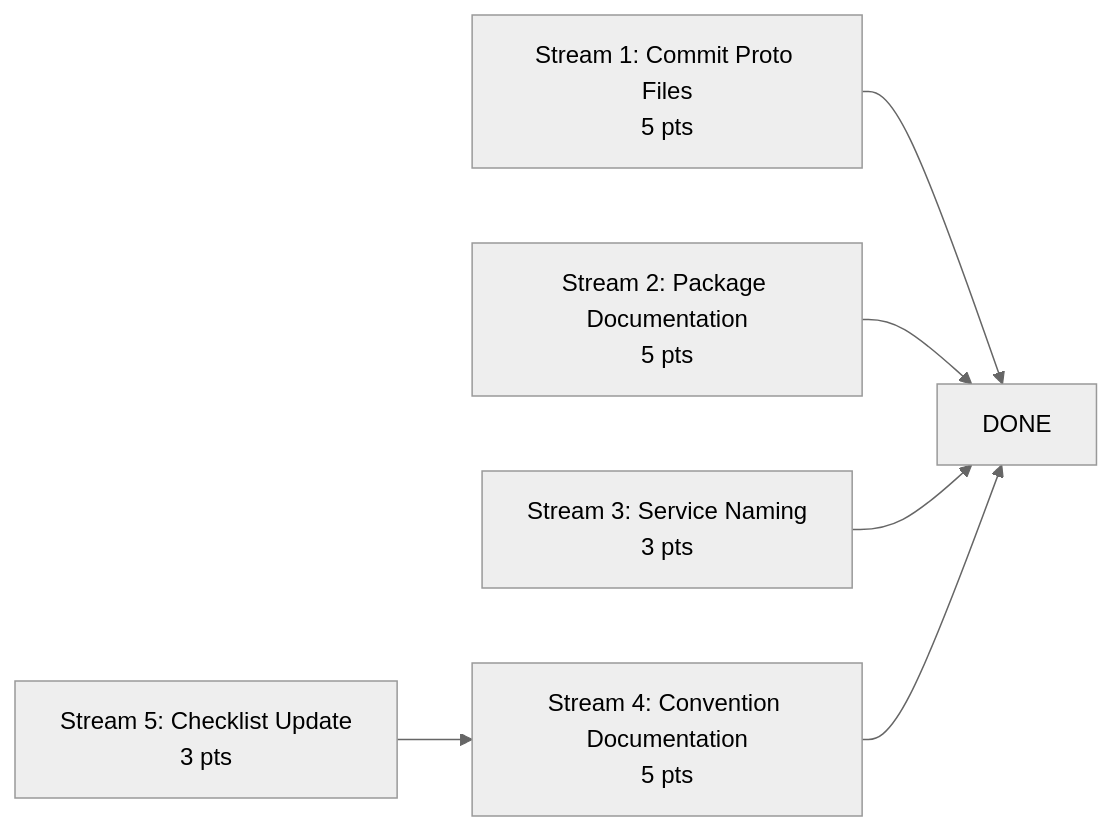
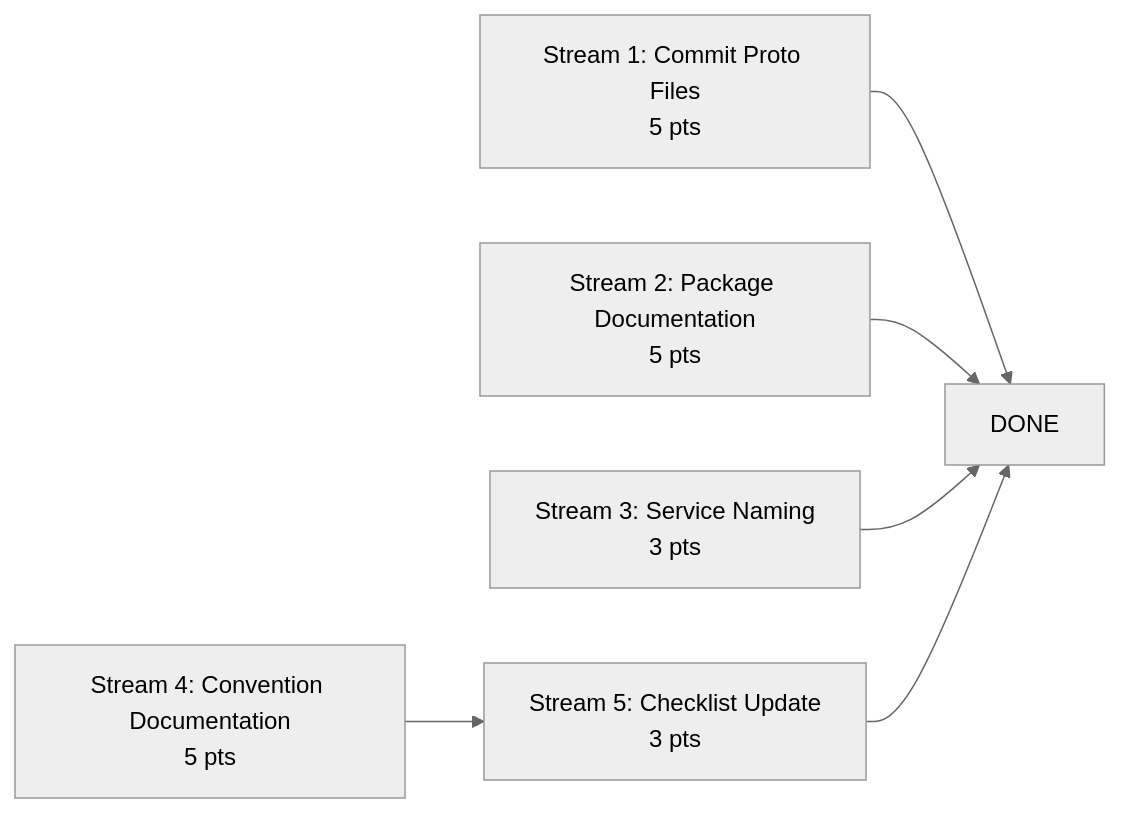
One commit to meridianhub/meridian changed the diagram in docs/prd/049-codebase-consistency.md. Above: the diagram before and after it, drawn with Mermaid (neutral theme). The commit also changed other lines of this file, not shown here.

Commit message:
fix: correct frontmatter dependency claim and mermaid arrow direction
- Frontmatter now states Stream 5 depends on Stream 4
- Mermaid graph arrow corrected: S4 --> S5 --> DONE (not S5 --> S4)

````diff
--- a/docs/prd/049-codebase-consistency.md
+++ b/docs/prd/049-codebase-consistency.md
@@ -61,8 +62,8 @@
 ```mermaid
 graph LR
     S1["Stream 1: Commit Proto Files<br/>5 pts"] --> DONE
     S2["Stream 2: Package Documentation<br/>5 pts"] --> DONE
     S3["Stream 3: Service Naming<br/>3 pts"] --> DONE
-    S4["Stream 4: Convention Documentation<br/>5 pts"] --> DONE
-    S5["Stream 5: Checklist Update<br/>3 pts"] --> S4
+    S4["Stream 4: Convention Documentation<br/>5 pts"] --> S5
+    S5["Stream 5: Checklist Update<br/>3 pts"] --> DONE
 ```
````
